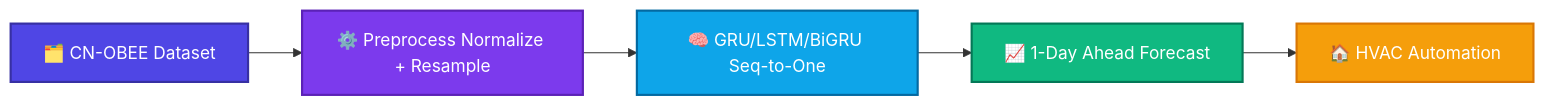
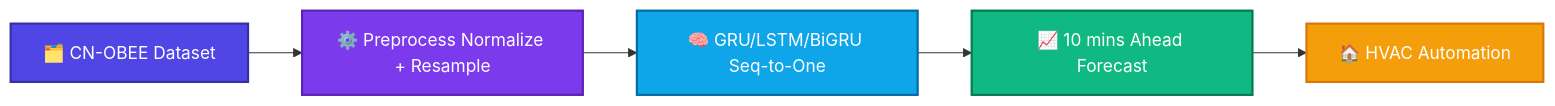
The diagram in README.md (KadirGokdeniz/Indoor-AirQ-Predictions), drawn with Mermaid before and after one commit. The commit also changed other lines of this file, not shown here.

````diff
--- a/README.md
+++ b/README.md
@@ -39,13 +39,13 @@
 ```mermaid
 flowchart LR
     A["🗂️ CN-OBEE Dataset"] --> B["⚙️ Preprocess Normalize + Resample"]
     B --> C["🧠 GRU/LSTM/BiGRU Seq-to-One"]
-    C --> D["📈 1-Day Ahead Forecast"]
+    C --> D["📈 10 mins Ahead Forecast"]
     D --> E["🏠 HVAC Automation"]
 
     style A fill:#4f46e5,stroke:#3730a3,color:#fff,stroke-width:2px
     style B fill:#7c3aed,stroke:#5b21b6,color:#fff,stroke-width:2px
     style C fill:#0ea5e9,stroke:#0369a1,color:#fff,stroke-width:2px
     style D fill:#10b981,stroke:#047857,color:#fff,stroke-width:2px
     style E fill:#f59e0b,stroke:#d97706,color:#fff,stroke-width:2px
 ```
````
